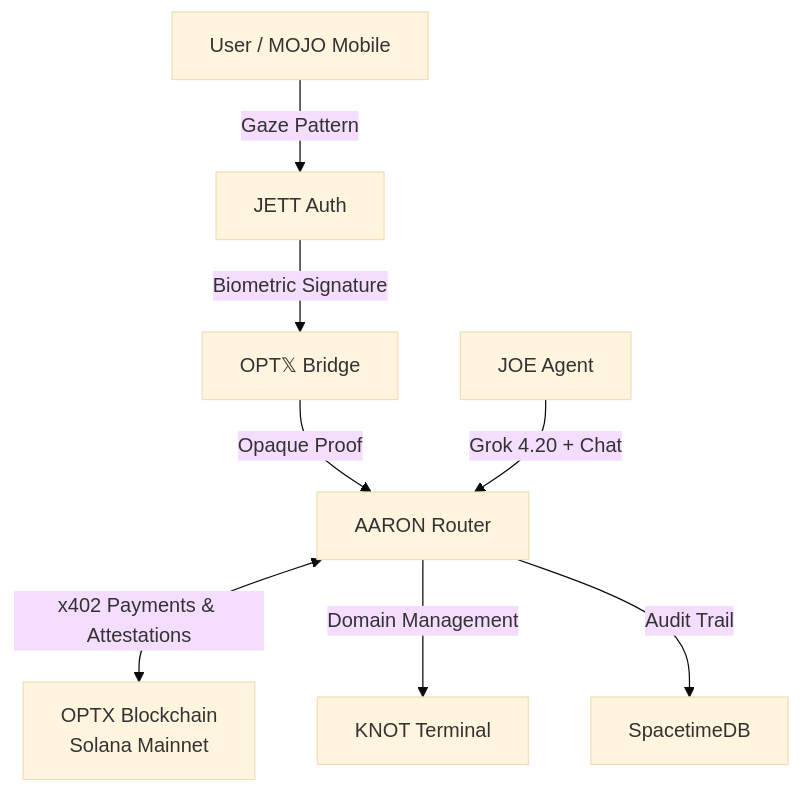
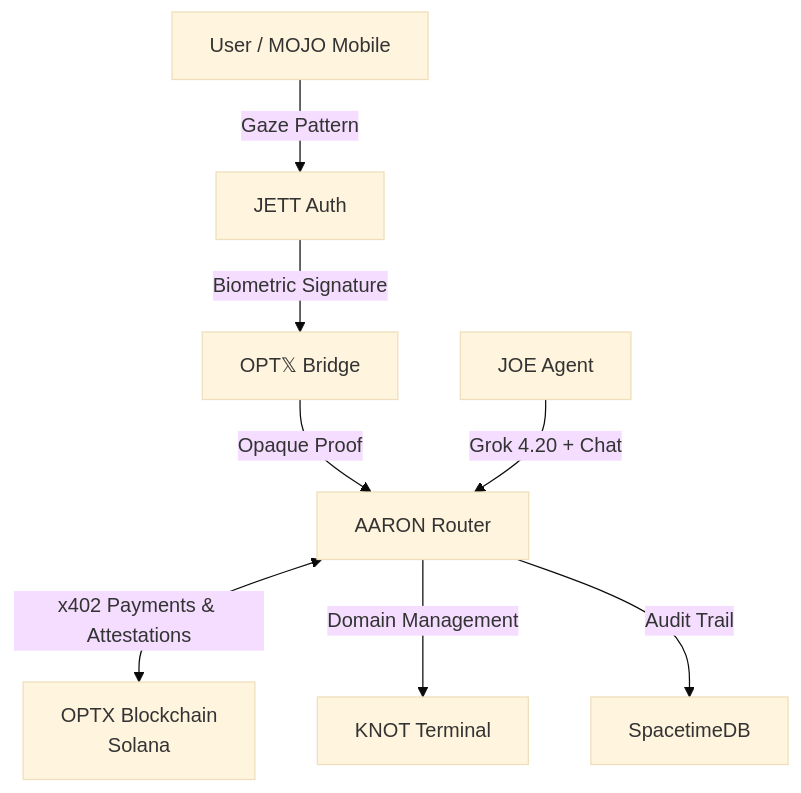
One commit to jett22JOE/JTX-CSTB.TRUST.DEPIN changed the diagram in README.md. Above: the diagram before and after it, drawn with Mermaid (base theme). The commit also changed other lines of this file, not shown here.

````diff
--- a/README.md
+++ b/README.md
@@ -64,10 +50,10 @@
 ```mermaid
 graph TD
     User[User / MOJO Mobile] -->|Gaze Pattern| JETT[JETT Auth]
     JETT -->|Biometric Signature| OPTX_BRIDGE["OPT𝕏 Bridge"]
     OPTX_BRIDGE -->|Opaque Proof| AARON[AARON Router]
-    AARON <-->|x402 Payments & Attestations| OPTXChain["OPTX Blockchain<br/>Solana Mainnet"]
+    AARON <-->|x402 Payments & Attestations| OPTXChain["OPTX Blockchain<br/>Solana"]
     AARON -->|Domain Management| KNOT[KNOT Terminal]
     AARON -->|Audit Trail| STDB[SpacetimeDB]
     JOE[JOE Agent] -->|Grok 4.20 + Chat| AARON
 ```
````
